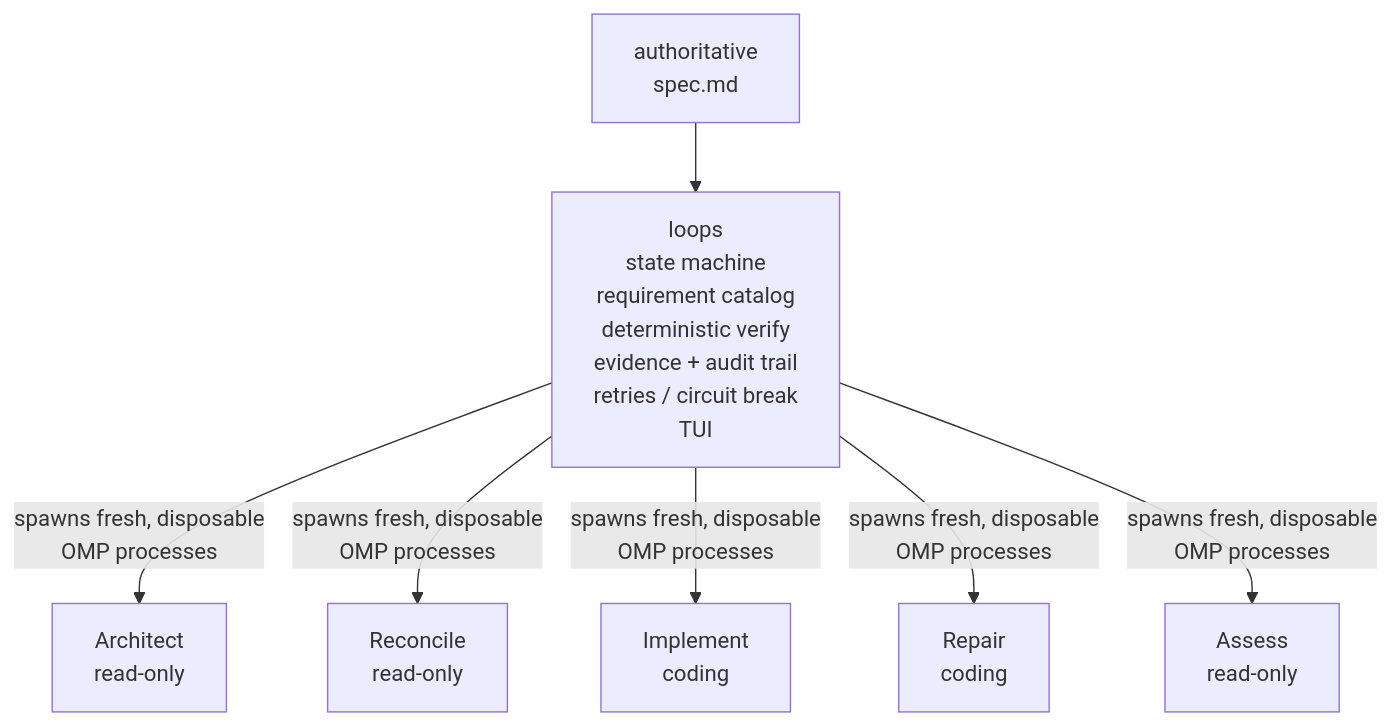
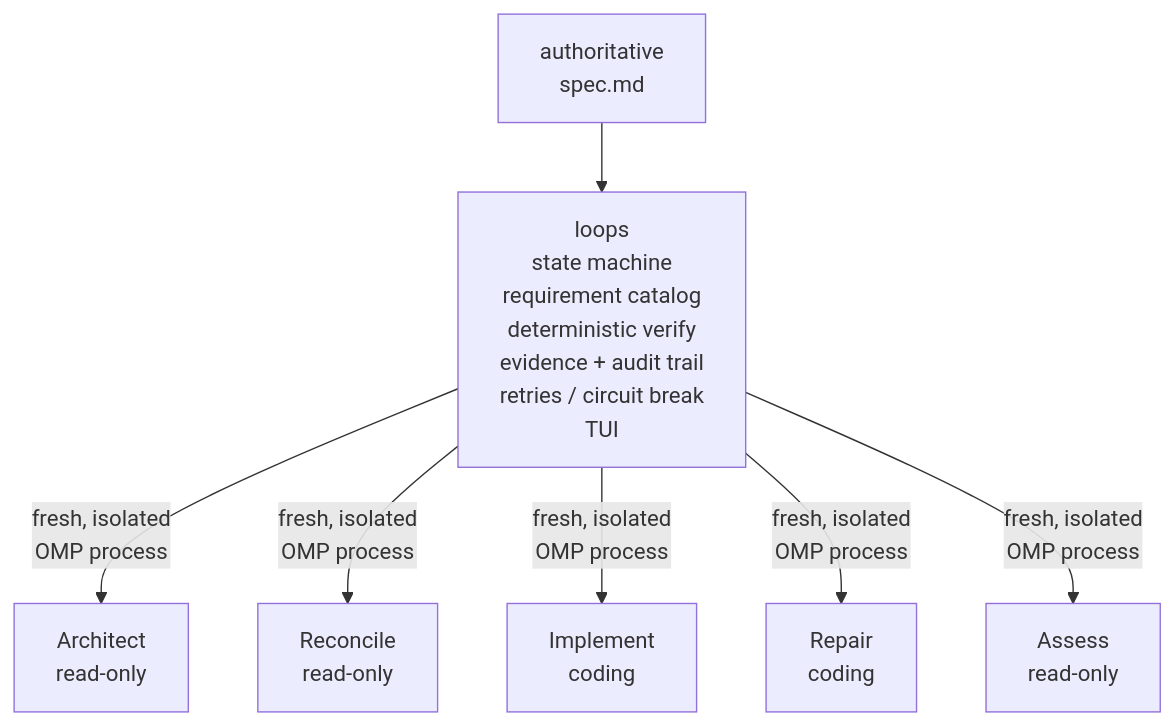
The diagram in README.md (flaviodelgrosso/tenet), drawn with Mermaid before and after one commit. The commit also changed other lines of this file, not shown here.

````diff
--- a/README.md
+++ b/README.md
@@ -17,34 +64,34 @@
 ```mermaid
 flowchart TD
     A["`authoritative
 spec.md`"]
 
     A --> B["`loops
 
 state machine
 requirement catalog
 deterministic verify
 evidence + audit trail
 retries / circuit break
 TUI`"]
 
-    B -- "`spawns fresh, disposable
-OMP processes`" --> C1["`Architect
+    B -- "`fresh, isolated
+OMP process`" --> C1["`Architect
 read-only`"]
 
-    B -- "`spawns fresh, disposable
-OMP processes`" --> C2["`Reconcile
+    B -- "`fresh, isolated
+OMP process`" --> C2["`Reconcile
 read-only`"]
 
-    B -- "`spawns fresh, disposable
-OMP processes`" --> C3["`Implement
+    B -- "`fresh, isolated
+OMP process`" --> C3["`Implement
 coding`"]
 
-    B -- "`spawns fresh, disposable
-OMP processes`" --> C4["`Repair
+    B -- "`fresh, isolated
+OMP process`" --> C4["`Repair
 coding`"]
 
-    B -- "`spawns fresh, disposable
-OMP processes`" --> C5["`Assess
+    B -- "`fresh, isolated
+OMP process`" --> C5["`Assess
 read-only`"]
 ```
````
